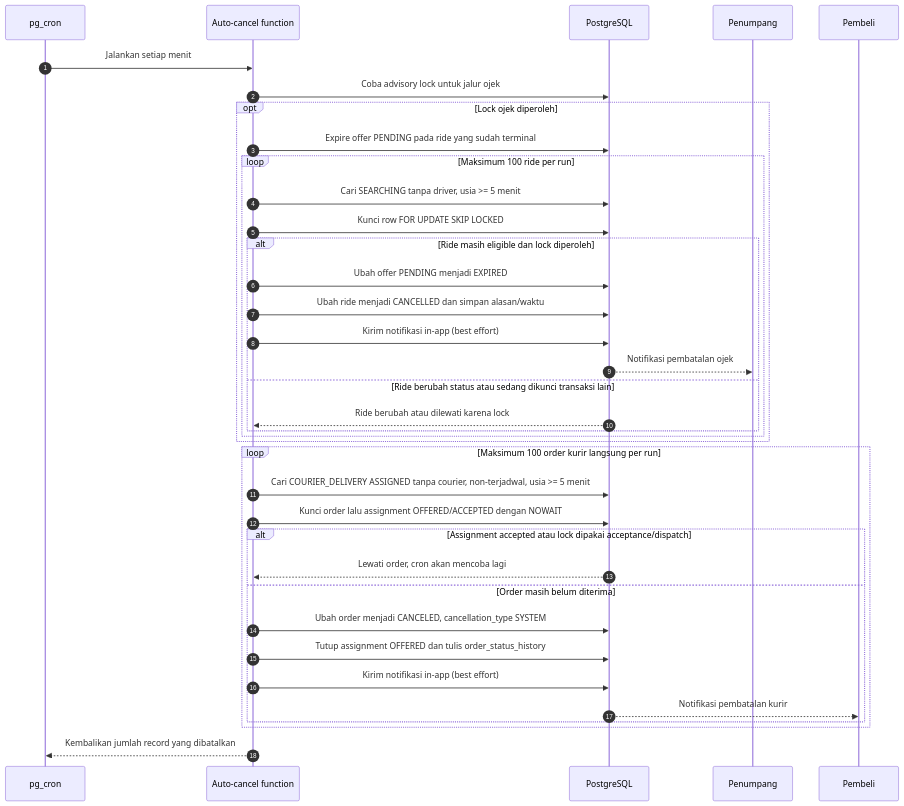
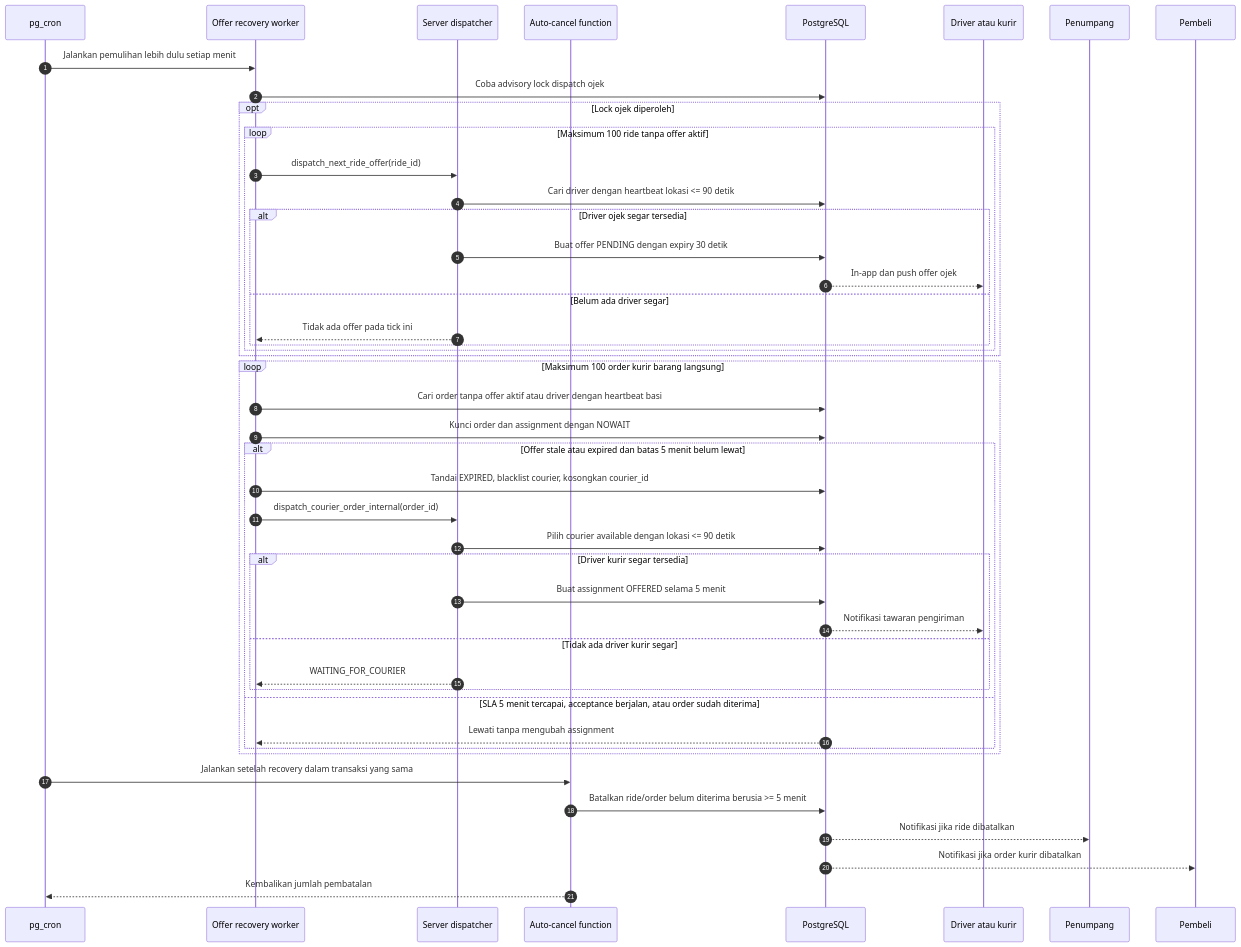
One commit to bonangpanjinur/Sadesa-fix changed the diagram in docs/api-auto-cancel-pesanan-transportasi.md. Above: the diagram before and after it, drawn with Mermaid. The commit also changed other lines of this file and 4 other files, not shown here.

Commit message:
Handle driver disconnects during transport dispatch

````diff
--- a/docs/api-auto-cancel-pesanan-transportasi.md
+++ b/docs/api-auto-cancel-pesanan-transportasi.md
@@ -44,42 +52,51 @@
 ```mermaid
 sequenceDiagram
     autonumber
     participant Cron as pg_cron
-    participant Worker as Auto-cancel function
+    participant Recovery as Offer recovery worker
+    participant Dispatcher as Server dispatcher
+    participant Cancel as Auto-cancel function
     participant DB as PostgreSQL
+    participant Driver as Driver atau kurir
     participant Passenger as Penumpang
     participant Buyer as Pembeli
 
-    Cron->>Worker: Jalankan setiap menit
-    Worker->>DB: Coba advisory lock untuk jalur ojek
+    Cron->>Recovery: Jalankan pemulihan lebih dulu setiap menit
+    Recovery->>DB: Coba advisory lock dispatch ojek
     opt Lock ojek diperoleh
-        Worker->>DB: Expire offer PENDING pada ride yang sudah terminal
-        loop Maksimum 100 ride per run
-            Worker->>DB: Cari SEARCHING tanpa driver, usia >= 5 menit
-            Worker->>DB: Kunci row FOR UPDATE SKIP LOCKED
-            alt Ride masih eligible dan lock diperoleh
-                Worker->>DB: Ubah offer PENDING menjadi EXPIRED
-                Worker->>DB: Ubah ride menjadi CANCELLED dan simpan alasan/waktu
-                Worker->>DB: Kirim notifikasi in-app (best effort)
-                DB-->>Passenger: Notifikasi pembatalan ojek
-            else Ride berubah status atau sedang dikunci transaksi lain
-                DB-->>Worker: Ride berubah atau dilewati karena lock
+        loop Maksimum 100 ride tanpa offer aktif
+            Recovery->>Dispatcher: dispatch_next_ride_offer(ride_id)
+            Dispatcher->>DB: Cari driver dengan heartbeat lokasi <= 90 detik
+            alt Driver ojek segar tersedia
+                Dispatcher->>DB: Buat offer PENDING dengan expiry 30 detik
+                DB-->>Driver: In-app dan push offer ojek
+            else Belum ada driver segar
+                Dispatcher-->>Recovery: Tidak ada offer pada tick ini
             end
         end
     end
 
-    loop Maksimum 100 order kurir langsung per run
-        Worker->>DB: Cari COURIER_DELIVERY ASSIGNED tanpa courier, non-terjadwal, usia >= 5 menit
-        Worker->>DB: Kunci order lalu assignment OFFERED/ACCEPTED dengan NOWAIT
-        alt Assignment accepted atau lock dipakai acceptance/dispatch
-            DB-->>Worker: Lewati order, cron akan mencoba lagi
-        else Order masih belum diterima
-            Worker->>DB: Ubah order menjadi CANCELED, cancellation_type SYSTEM
-            Worker->>DB: Tutup assignment OFFERED dan tulis order_status_history
-            Worker->>DB: Kirim notifikasi in-app (best effort)
-            DB-->>Buyer: Notifikasi pembatalan kurir
+    loop Maksimum 100 order kurir barang langsung
+        Recovery->>DB: Cari order tanpa offer aktif atau driver dengan heartbeat basi
+        Recovery->>DB: Kunci order dan assignment dengan NOWAIT
+        alt Offer stale atau expired dan batas 5 menit belum lewat
+            Recovery->>DB: Tandai EXPIRED, blacklist courier, kosongkan courier_id
+            Recovery->>Dispatcher: dispatch_courier_order_internal(order_id)
+            Dispatcher->>DB: Pilih courier available dengan lokasi <= 90 detik
+            alt Driver kurir segar tersedia
+                Dispatcher->>DB: Buat assignment OFFERED selama 5 menit
+                DB-->>Driver: Notifikasi tawaran pengiriman
+            else Tidak ada driver kurir segar
+                Dispatcher-->>Recovery: WAITING_FOR_COURIER
+            end
+        else SLA 5 menit tercapai, acceptance berjalan, atau order sudah diterima
+            DB-->>Recovery: Lewati tanpa mengubah assignment
         end
     end
 
-    Worker-->>Cron: Kembalikan jumlah record yang dibatalkan
+    Cron->>Cancel: Jalankan setelah recovery dalam transaksi yang sama
+    Cancel->>DB: Batalkan ride/order belum diterima berusia >= 5 menit
+    DB-->>Passenger: Notifikasi jika ride dibatalkan
+    DB-->>Buyer: Notifikasi jika order kurir dibatalkan
+    Cancel-->>Cron: Kembalikan jumlah pembatalan
 ```
````
